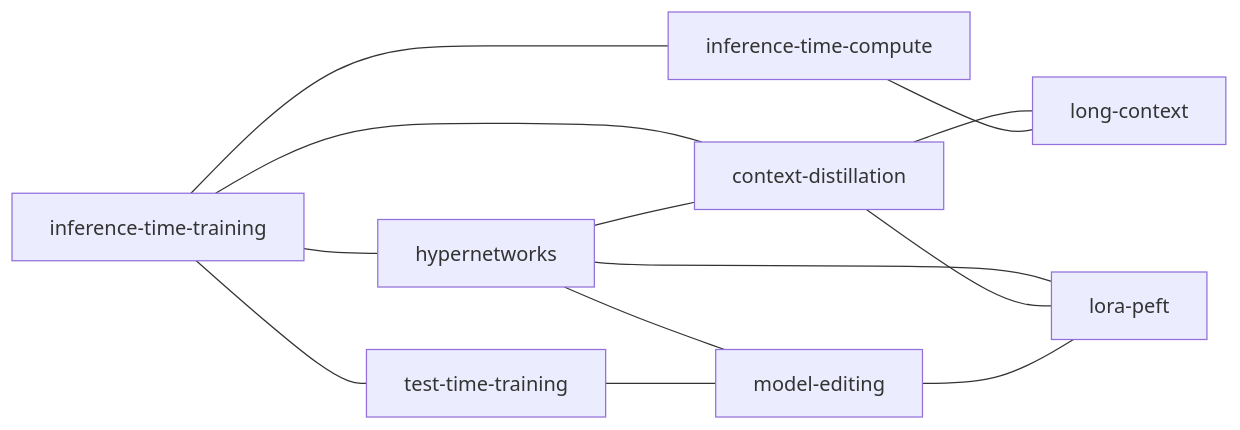
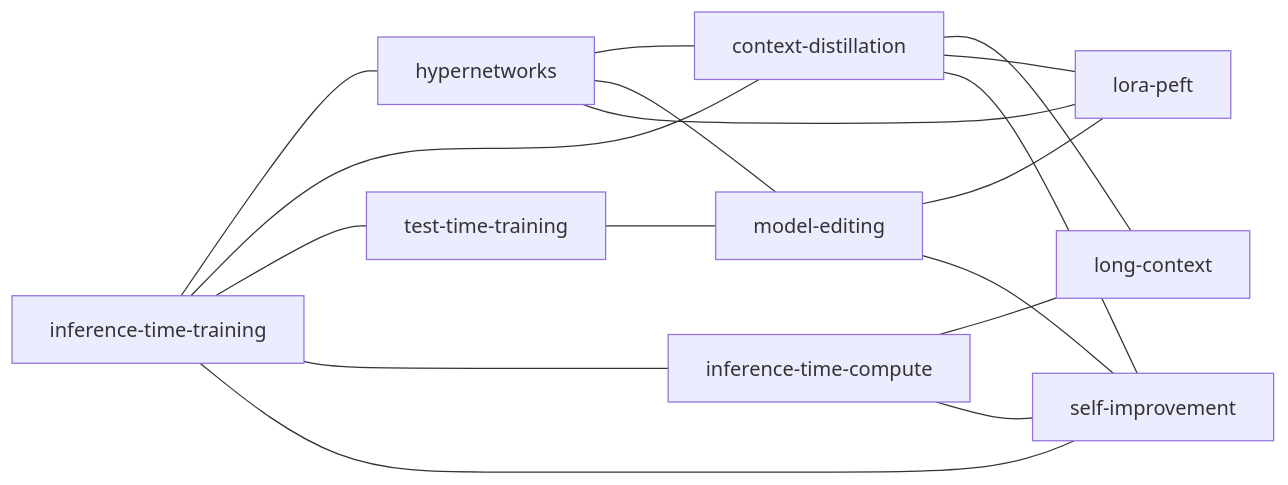
One commit to BDeMo/research-notes changed the diagram in known/README.md. Above: the diagram before and after it, drawn with Mermaid. The commit also changed other lines of this file and 10 other files, not shown here.

````diff
--- a/known/README.md
+++ b/known/README.md
@@ -34,29 +35,34 @@
 ```mermaid
 graph LR
     ITT[inference-time-training]
     HN[hypernetworks]
     CD[context-distillation]
     TTT[test-time-training]
     ME[model-editing]
     LP[lora-peft]
     ITC[inference-time-compute]
     LC[long-context]
+    SI[self-improvement]
 
     ITT --- HN
     ITT --- CD
     ITT --- TTT
     ITT --- ITC
+    ITT --- SI
 
     HN --- CD
     HN --- ME
     HN --- LP
 
     CD --- LC
     CD --- LP
+    CD --- SI
 
     TTT --- ME
 
     ME --- LP
+    ME --- SI
 
     ITC --- LC
+    ITC --- SI
 ```
````
